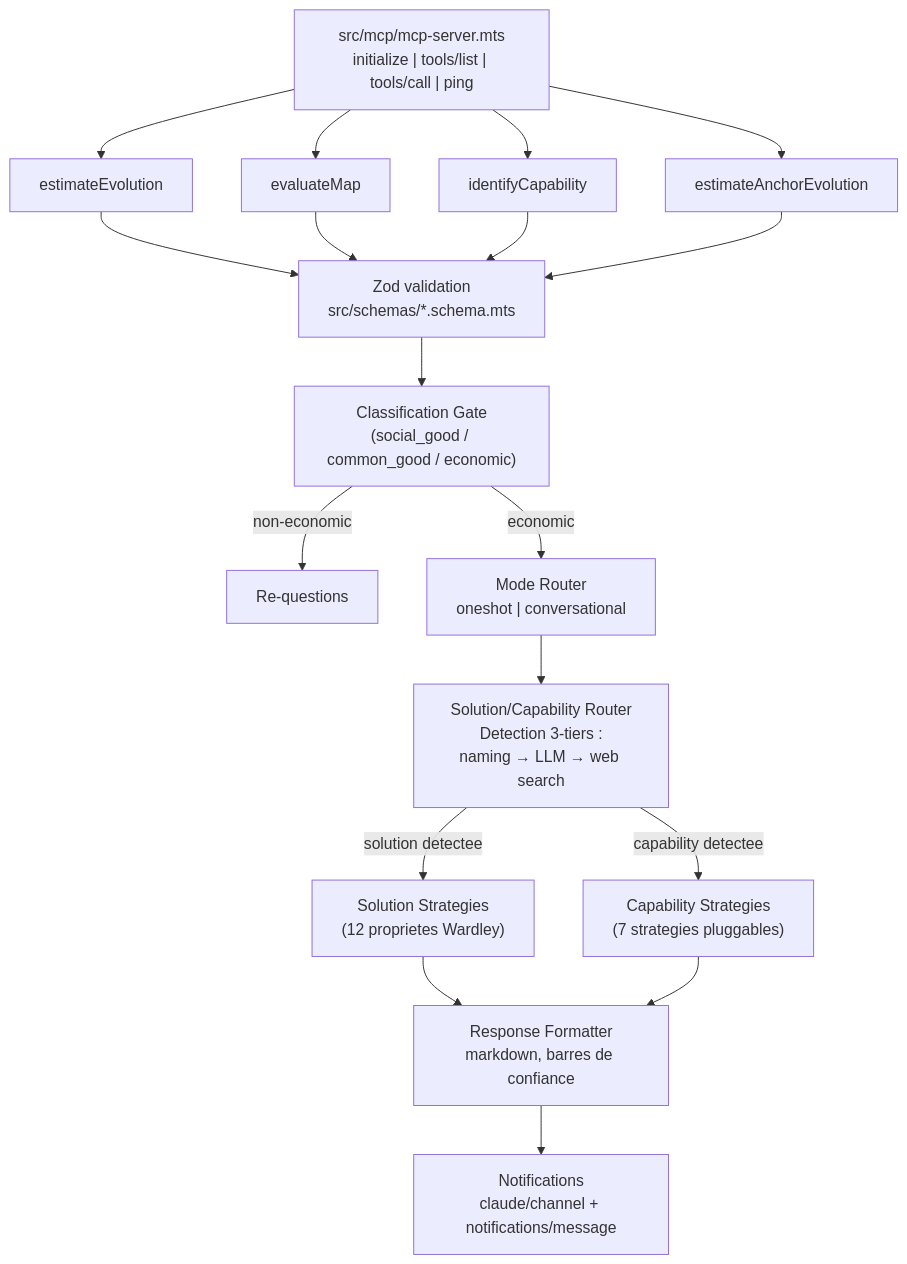
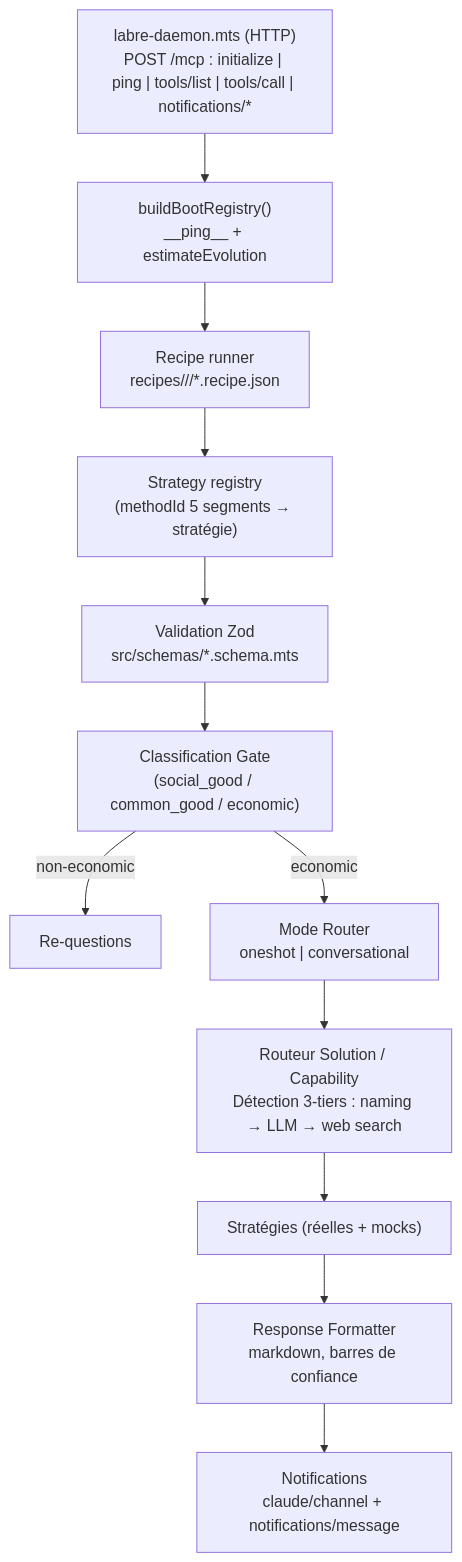
Before and after one commit to formicoidea/labre-mcp: the first of 2 diagrams in docs/technical/architecture.md, drawn with Mermaid. The commit also changed other lines of this file and 21 other files, not shown here.

````diff
--- a/docs/technical/architecture.md
+++ b/docs/technical/architecture.md
@@ -9,21 +30,16 @@
 ```mermaid
 flowchart TD
-    MCP["src/mcp/mcp-server.mts\ninitialize | tools/list | tools/call | ping"]
-    MCP --> EE["estimateEvolution"]
-    MCP --> EM["evaluateMap"]
-    MCP --> IC["identifyCapability"]
-    MCP --> AN["estimateAnchorEvolution"]
+    Daemon["labre-daemon.mts (HTTP)\nPOST /mcp : initialize | ping | tools/list | tools/call | notifications/*"]
+    Daemon --> Tools["buildBootRegistry()\n__ping__ + estimateEvolution"]
+    Tools --> Recipe["Recipe runner\nrecipes/<domain>/<tool>/*.recipe.json"]
+    Recipe --> Reg["Strategy registry\n(methodId 5 segments → stratégie)"]
 
-    EE & EM & IC & AN --> Zod["Zod validation\nsrc/schemas/*.schema.mts"]
+    Reg --> Zod["Validation Zod\nsrc/schemas/*.schema.mts"]
     Zod --> CG["Classification Gate\n(social_good / common_good / economic)"]
     CG -->|"non-economic"| RQ["Re-questions"]
     CG -->|"economic"| MR["Mode Router\noneshot | conversational"]
-
-    MR --> SCR["Solution/Capability Router\nDetection 3-tiers :\nnaming → LLM → web search"]
-
-    SCR -->|"solution detectee"| SS["Solution Strategies\n(12 proprietes Wardley)"]
-    SCR -->|"capability detectee"| CS["Capability Strategies\n(7 strategies pluggables)"]
-
-    SS & CS --> RF["Response Formatter\nmarkdown, barres de confiance"]
+    MR --> SCR["Routeur Solution / Capability\nDétection 3-tiers : naming → LLM → web search"]
+    SCR --> Strat["Stratégies (réelles + mocks)"]
+    Strat --> RF["Response Formatter\nmarkdown, barres de confiance"]
     RF --> N["Notifications\nclaude/channel + notifications/message"]
 ```
````
